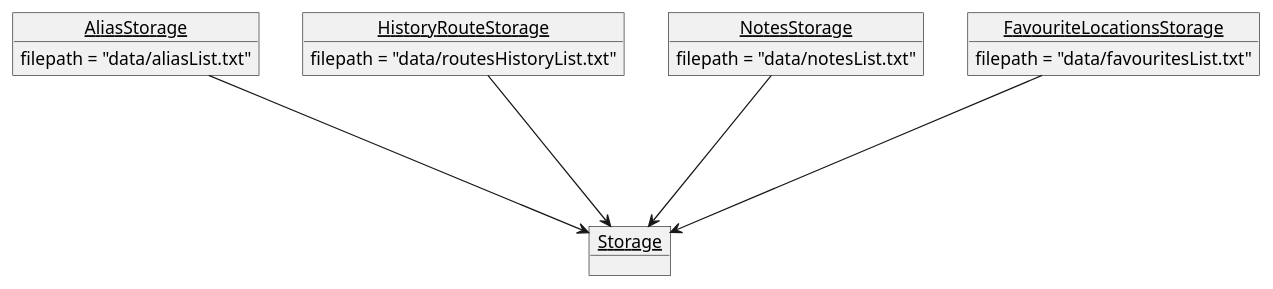
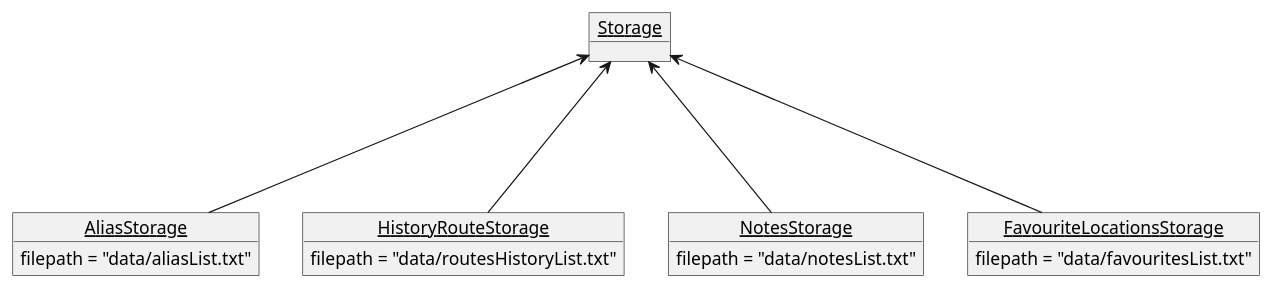
The diagram in docs/SaveStep1.puml (nus-cs2113-AY2021S2/tp), drawn with PlantUML before and after one commit. The commit also changed 3 other files, not shown here.

```diff
--- a/docs/SaveStep1.puml
+++ b/docs/SaveStep1.puml
@@ -1,27 +1,26 @@
 @startuml
 'https://plantuml.com/object-diagram
 
 object __Storage__
 
 object __AliasStorage__ {
     filepath = "data/aliasList.txt"
 }
 
 object __HistoryRouteStorage__ {
     filepath = "data/routesHistoryList.txt"
 }
 
 object __NotesStorage__ {
   filepath = "data/notesList.txt" 
 }
 
 object __FavouriteLocationsStorage__ {
     filepath = "data/favouritesList.txt"
 }
 
-__AliasStorage__ ---> __Storage__
-__NotesStorage__ ---> __Storage__
-__HistoryRouteStorage__ ---> __Storage__
-__FavouriteLocationsStorage__ ---> __Storage__
-
+__Storage__ <--- __AliasStorage__
+__Storage__ <--- __NotesStorage__
+__Storage__ <--- __HistoryRouteStorage__
+__Storage__ <--- __FavouriteLocationsStorage__
 @enduml
```
